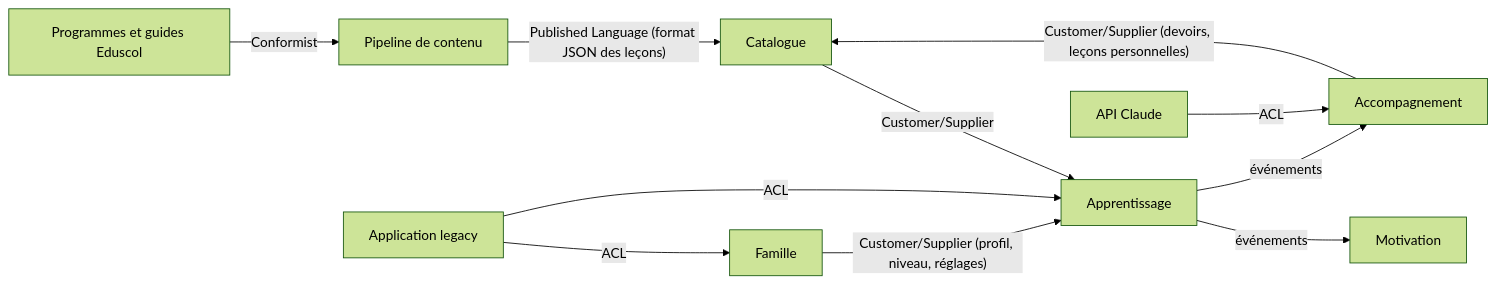
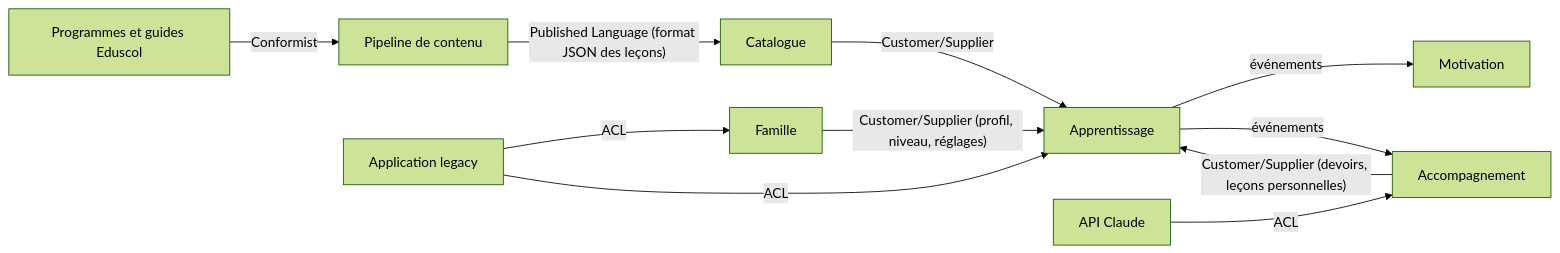
The diagram in docs/domain/context-map.md (SBA-dev/github-move), drawn with Mermaid (forest theme) before and after one commit. The commit also changed other lines of this file and 1 other file, not shown here.

First line of the commit message:
docs: décisions du PO sur le glossaire (personnage guide, parent, seuils, devoirs, leçons personnelles)

````diff
--- a/docs/domain/context-map.md
+++ b/docs/domain/context-map.md
@@ -27,13 +27,13 @@
 ```mermaid
 flowchart LR
   Eduscol[Programmes et guides Eduscol] -- "Conformist" --> Pipeline[Pipeline de contenu]
   Pipeline -- "Published Language (format JSON des leçons)" --> Catalogue
   Catalogue -- "Customer/Supplier" --> Apprentissage
   Famille -- "Customer/Supplier (profil, niveau, réglages)" --> Apprentissage
   Apprentissage -- "événements" --> Motivation
   Apprentissage -- "événements" --> Accompagnement
-  Accompagnement -- "Customer/Supplier (devoirs, leçons personnelles)" --> Catalogue
+  Accompagnement -- "Customer/Supplier (devoirs, leçons personnelles)" --> Apprentissage
   Claude[API Claude] -- "ACL" --> Accompagnement
   Legacy[Application legacy] -- "ACL" --> Famille
   Legacy -- "ACL" --> Apprentissage
 ```
````
